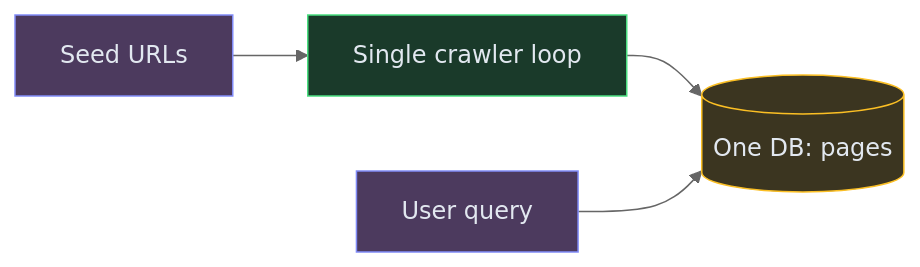
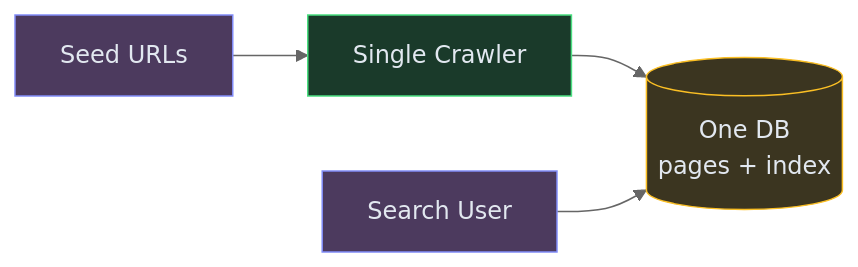
One commit to iluzn/HLD-Designs changed the first of 4 diagrams in content/hld/WebCrawler.md. Above: the diagram before and after it, drawn with Mermaid (neutral theme). The commit also changed other lines of this file and 8 other files, not shown here.

````diff
--- a/content/hld/WebCrawler.md
+++ b/content/hld/WebCrawler.md
@@ -25,15 +23,15 @@
 ```mermaid
 flowchart LR
     SEED["Seed URLs"]:::client
-    CR["Single crawler loop"]:::service
-    DB[("One DB: pages")]:::data
-    Q["User query"]:::client
+    CRAWLER["Single Crawler"]:::service
+    DB[("One DB<br/>pages + index")]:::data
+    USER["Search User"]:::client
 
-    SEED --> CR
-    CR --> DB
-    Q --> DB
+    SEED --> CRAWLER
+    CRAWLER --> DB
+    USER --> DB
 
     classDef client fill:#4c3a5e,stroke:#818cf8,color:#e2e8f0
     classDef service fill:#1a3a2a,stroke:#4ade80,color:#e2e8f0
     classDef data fill:#3b3520,stroke:#fbbf24,color:#e2e8f0
 ```
````
